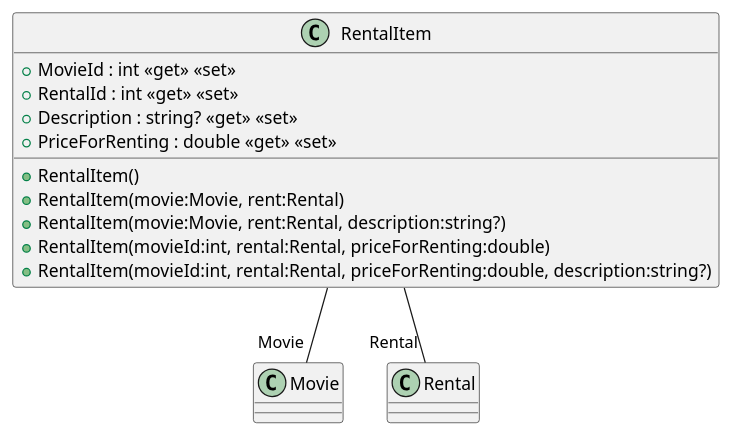
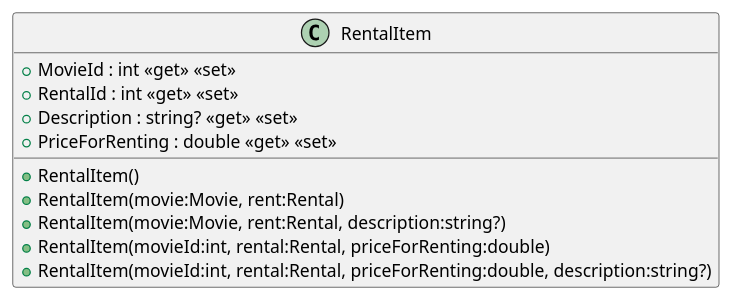
One commit to Ingenieria-del-Software-II-ESIIAB/AppForMovies changed the diagram in src/AppForMovies.API/ClassDiagram/RentalItem.puml. Above: the diagram before and after it, drawn with PlantUML. The commit also changed 23 other files, not shown here.

First line of the commit message:
Diagrams and warnings (#66)

```diff
--- a/src/AppForMovies.API/ClassDiagram/RentalItem.puml
+++ b/src/AppForMovies.API/ClassDiagram/RentalItem.puml
@@ -1,15 +1,14 @@
 @startuml
 class RentalItem {
     + RentalItem()
     + RentalItem(movie:Movie, rent:Rental)
     + RentalItem(movie:Movie, rent:Rental, description:string?)
     + RentalItem(movieId:int, rental:Rental, priceForRenting:double)
     + RentalItem(movieId:int, rental:Rental, priceForRenting:double, description:string?)
     + MovieId : int <<get>> <<set>>
     + RentalId : int <<get>> <<set>>
     + Description : string? <<get>> <<set>>
     + PriceForRenting : double <<get>> <<set>>
 }
-RentalItem -- "Movie" Movie
-RentalItem -- "Rental" Rental
+
 @enduml
```
